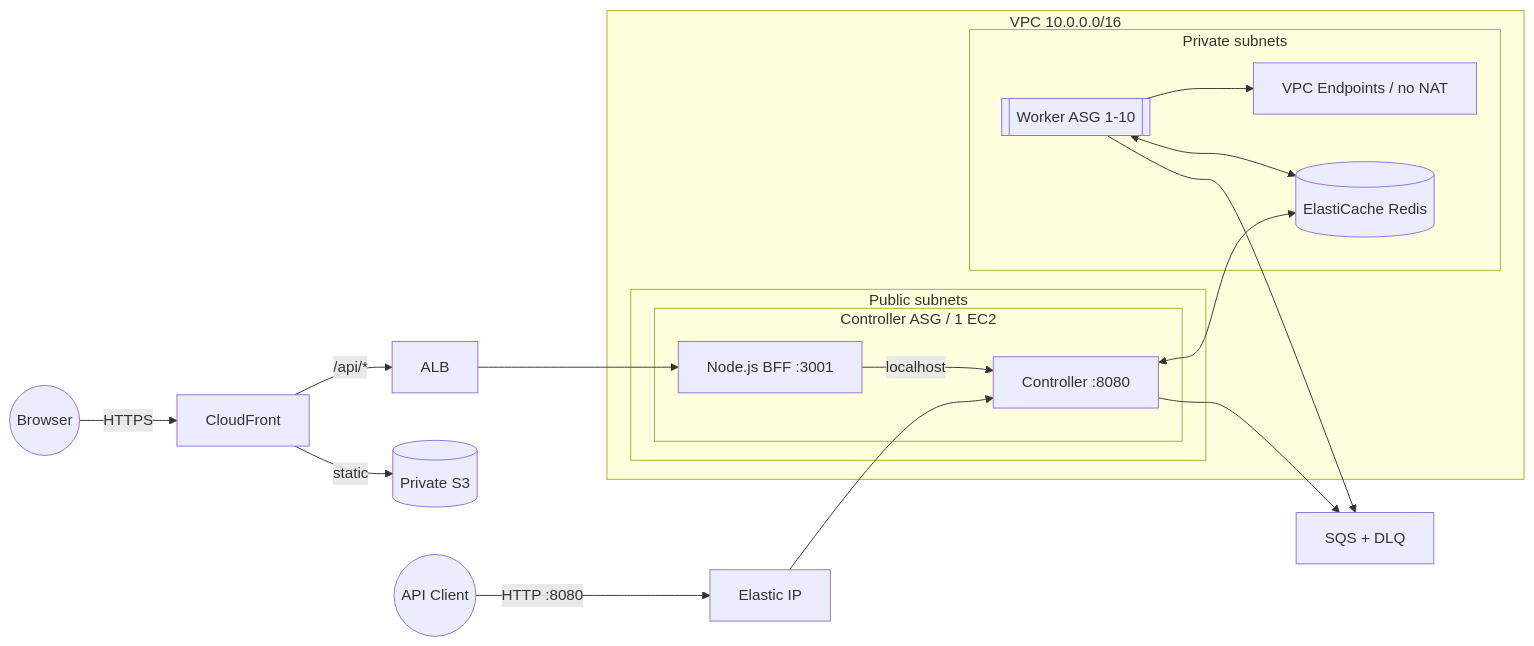
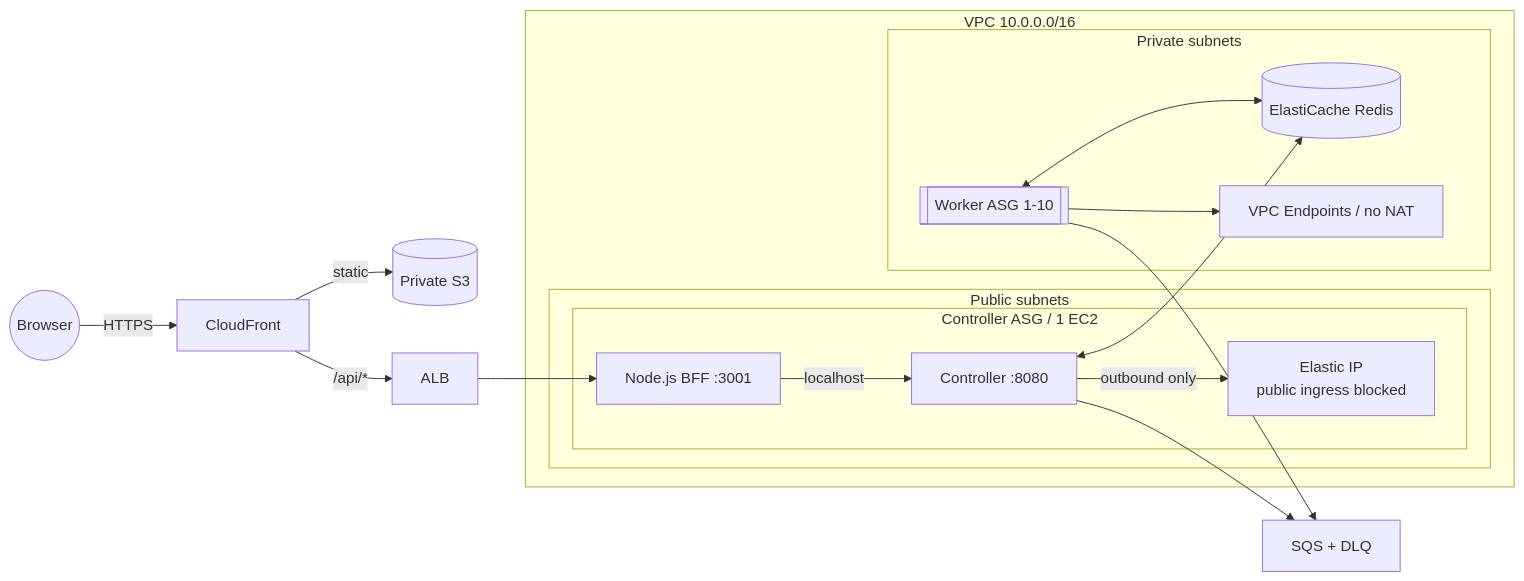
One commit to sangmu1126/FaaS-Platform changed the diagram in Infra-terraform/README.md. Above: the diagram before and after it, drawn with Mermaid. The commit also changed 7 other files, not shown here.

Commit message:
restrict controller API to private traffic

````diff
--- a/Infra-terraform/README.md
+++ b/Infra-terraform/README.md
@@ -32,30 +32,29 @@
 ```mermaid
 flowchart LR
     User((Browser)) -->|HTTPS| CF[CloudFront]
     CF -->|static| Web[(Private S3)]
     CF -->|/api/*| ALB[ALB]
-    CLI((API Client)) -->|HTTP :8080| EIP[Elastic IP]
 
     subgraph VPC["VPC 10.0.0.0/16"]
         subgraph Public[Public subnets]
             subgraph Host[Controller ASG / 1 EC2]
                 BFF[Node.js BFF :3001]
                 Controller[Controller :8080]
                 BFF -->|localhost| Controller
+                Controller -->|outbound only| EIP[Elastic IP<br/>public ingress blocked]
             end
         end
         subgraph Private[Private subnets]
             Workers[[Worker ASG 1-10]]
             Redis[(ElastiCache Redis)]
             Endpoints[VPC Endpoints / no NAT]
         end
     end
 
     ALB --> BFF
-    EIP --> Controller
     Controller --> SQS[SQS + DLQ]
     Workers --> SQS
     Controller <--> Redis
     Workers <--> Redis
     Workers --> Endpoints
 ```
````
